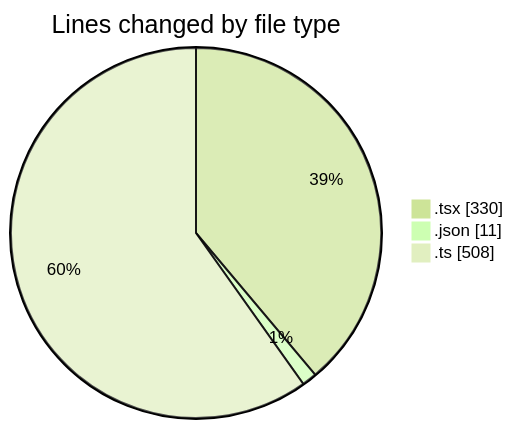
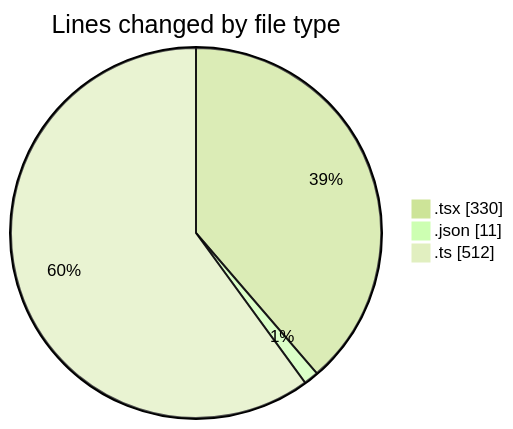
The first of 2 diagrams in 2025-05-12/cda/README.md (momahboobian/code-tracking), drawn with Mermaid (forest theme) before and after one commit. The commit also changed other lines of this file and 1 other file, not shown here.

````diff
--- a/2025-05-12/cda/README.md
+++ b/2025-05-12/cda/README.md
@@ -31,7 +31,7 @@
 ```mermaid
 pie showData
 title Lines changed by file type
 ".tsx" : 330
 ".json" : 11
-".ts" : 508
+".ts" : 512
 ```
````
